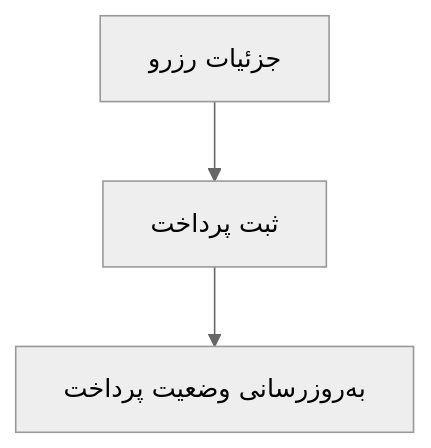
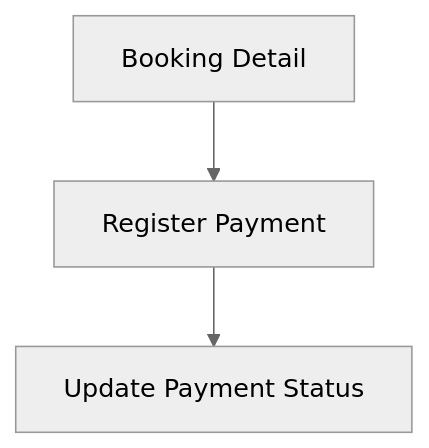
Before and after one commit to amirhossein-moloki/Sevra: the fourth of 5 diagrams in docs/UI-FLOW-MVP-FA.md, drawn with Mermaid (neutral theme). The commit also changed other lines of this file, not shown here.

First line of the commit message:
Revise UI Flow document to version 0.2

````diff
--- a/docs/UI-FLOW-MVP-FA.md
+++ b/docs/UI-FLOW-MVP-FA.md
@@ -173,5 +43,5 @@
 ```mermaid
 flowchart TD
-    A["جزئیات رزرو"] --> B["ثبت پرداخت"]
-    B --> C["به‌روزرسانی وضعیت پرداخت"]
+    A["Booking Detail"] --> B["Register Payment"]
+    B --> C["Update Payment Status"]
 ```
````
